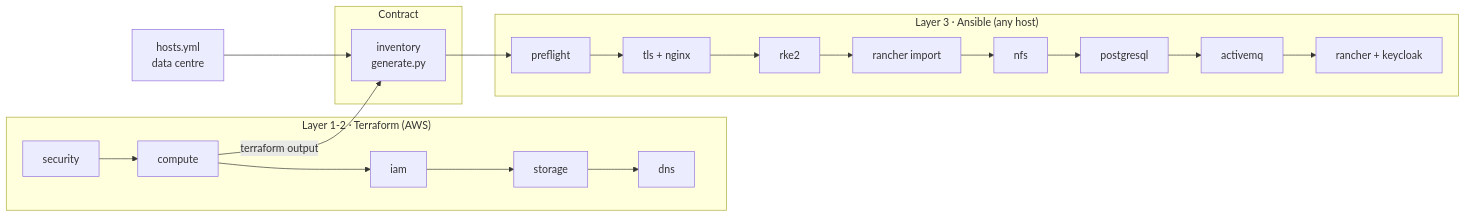
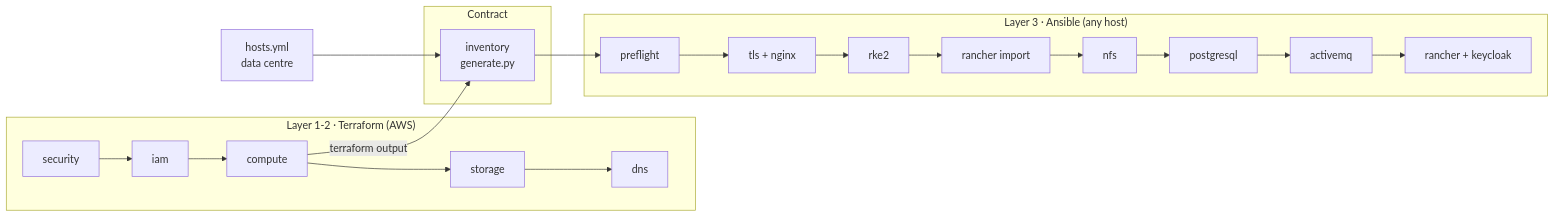
The second of 2 diagrams in docs/_images/ARCHITECTURE_DIAGRAMS.md (mosip/infra), drawn with Mermaid before and after one commit. The commit also changed other lines of this file and 33 other files, not shown here.

````diff
--- a/docs/_images/ARCHITECTURE_DIAGRAMS.md
+++ b/docs/_images/ARCHITECTURE_DIAGRAMS.md
@@ -39,15 +39,15 @@
 ```mermaid
 graph LR
  subgraph "Layer 1-2 · Terraform (AWS)"
- S[security] --> CO[compute] --> I[iam] --> ST[storage] --> D[dns]
+ S[security] --> I[iam] --> CO[compute] --> ST[storage] --> D[dns]
  end
  subgraph "Contract"
  INV[inventory<br/>generate.py]
  end
  subgraph "Layer 3 · Ansible (any host)"
  PF[preflight] --> N[tls + nginx] --> K[rke2] --> RI[rancher import] --> NF[nfs] --> PG[postgresql] --> AM[activemq] --> RK[rancher + keycloak]
  end
  CO -->|terraform output| INV
  HY[hosts.yml<br/>data centre] --> INV
  INV --> PF
 ```
````
